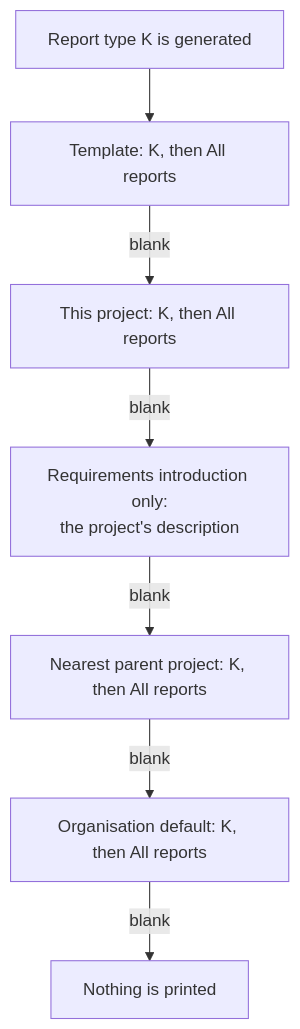
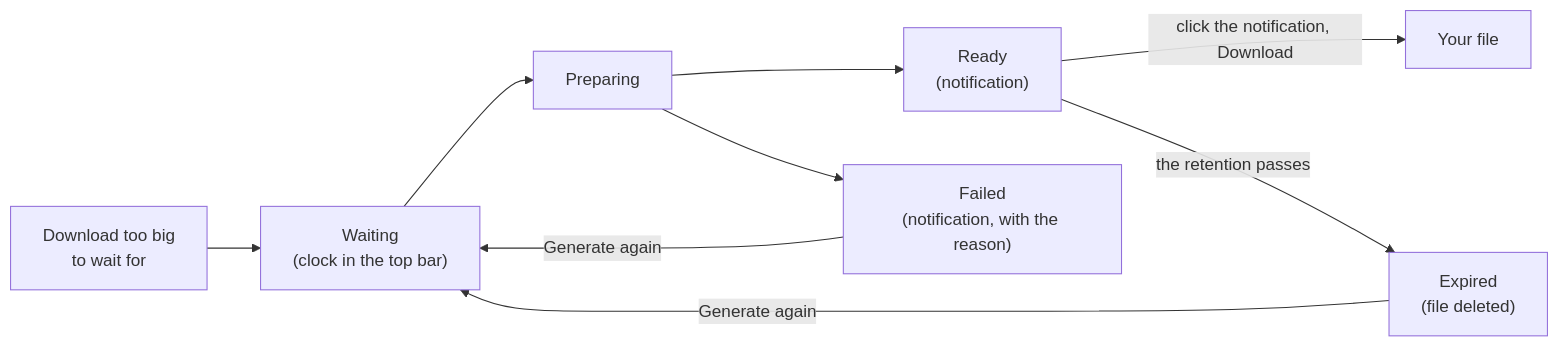
One commit to ballardr/reqtrackmanager changed the third of 3 diagrams in docs/website/docs/core-features/reports-and-export.md. Above: the diagram before and after it, drawn with Mermaid. The commit also changed other lines of this file and 918 other files, not shown here.

````diff
--- a/docs/website/docs/core-features/reports-and-export.md
+++ b/docs/website/docs/core-features/reports-and-export.md
@@ -68,9 +111,11 @@
 ```mermaid
-flowchart TD
-    A["Report type K is generated"] --> T["Template: K, then All reports"]
-    T -->|"blank"| P["This project: K, then All reports"]
-    P -->|"blank"| D["Requirements introduction only:<br/>the project's description"]
-    D -->|"blank"| N["Nearest parent project: K, then All reports"]
-    N -->|"blank"| O["Organisation default: K, then All reports"]
-    O -->|"blank"| B["Nothing is printed"]
+flowchart LR
+    A["Download too big<br/>to wait for"] --> B["Waiting<br/>(clock in the top bar)"]
+    B --> C["Preparing"]
+    C --> D["Ready<br/>(notification)"]
+    C --> F["Failed<br/>(notification, with the reason)"]
+    D -->|"click the notification, Download"| G["Your file"]
+    D -->|"the retention passes"| H["Expired<br/>(file deleted)"]
+    H -->|"Generate again"| B
+    F -->|"Generate again"| B
 ```
````
